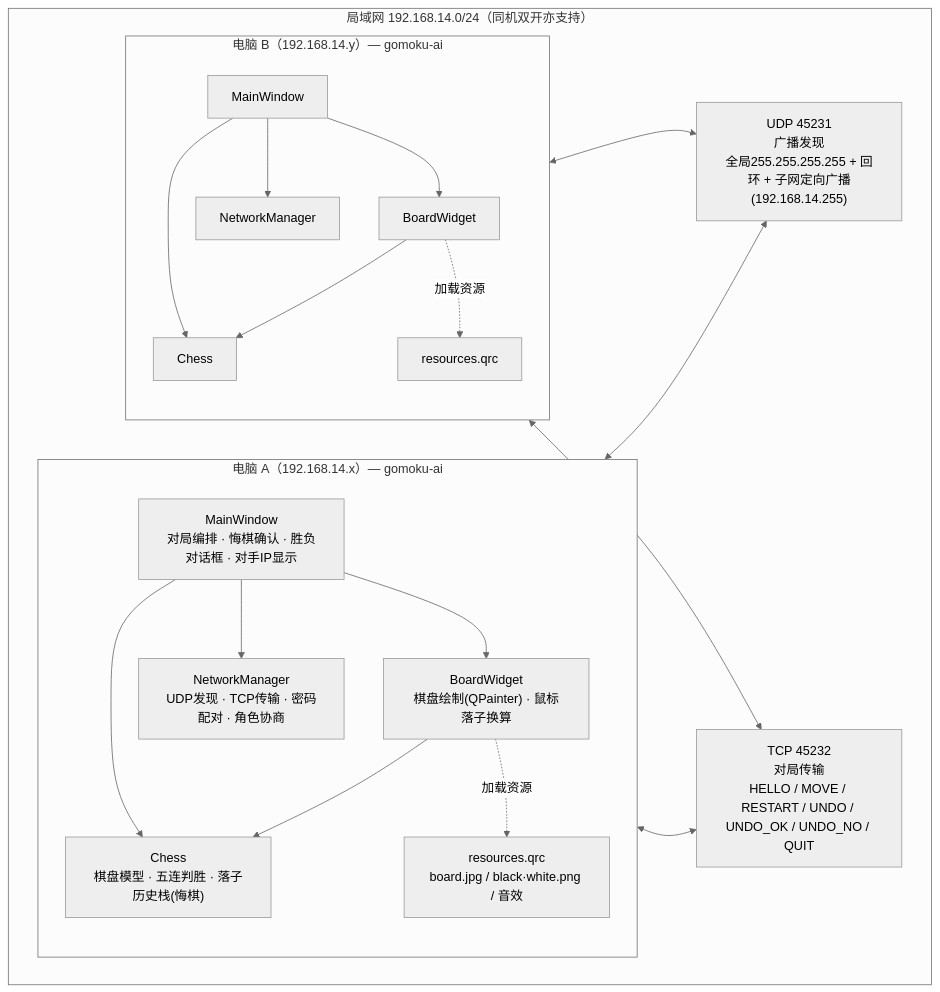
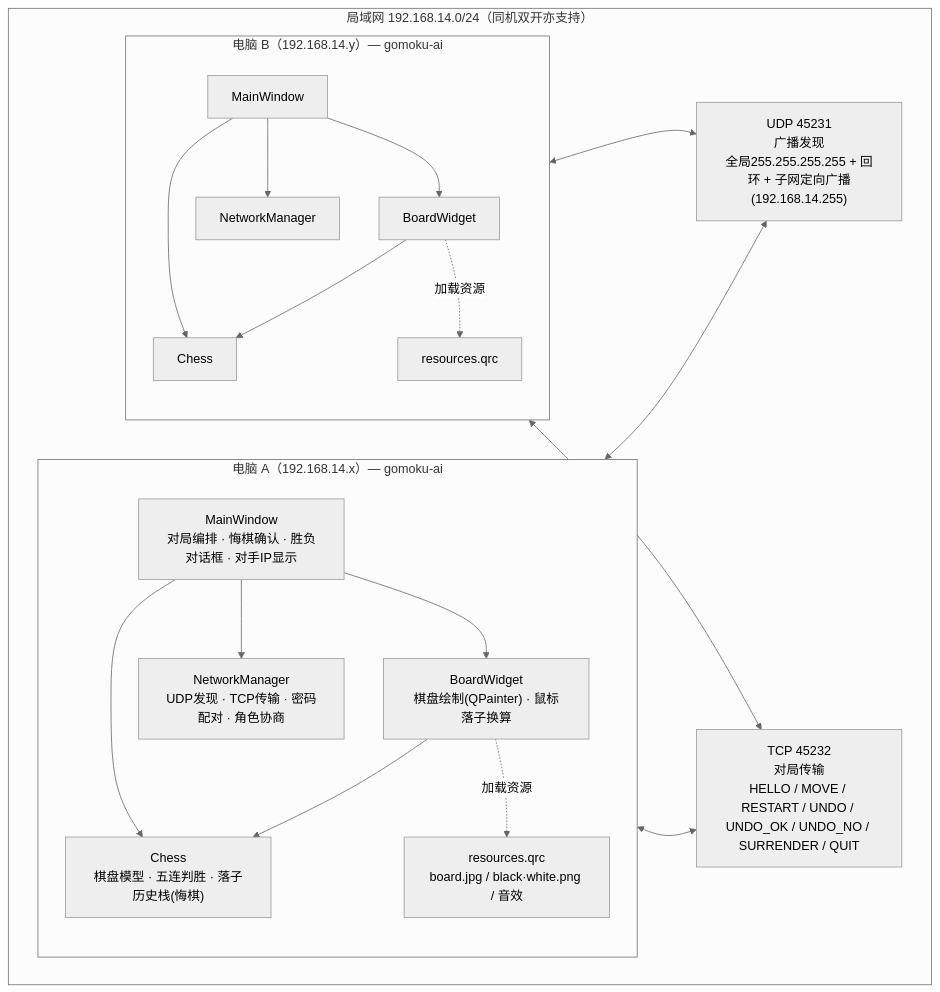
One commit to ryanuo/cstudy changed the first of 2 diagrams in games/gomoku-ai/docs/architecture.md. Above: the diagram before and after it, drawn with Mermaid (neutral theme). The commit also changed other lines of this file and 7 other files, not shown here.

````diff
--- a/games/gomoku-ai/docs/architecture.md
+++ b/games/gomoku-ai/docs/architecture.md
@@ -5,37 +5,37 @@
 ```mermaid
 flowchart TB
     subgraph LAN["局域网 192.168.14.0/24（同机双开亦支持）"]
         subgraph PC1["电脑 A（192.168.14.x）— gomoku-ai"]
             direction TB
             MW1["MainWindow<br/>对局编排 · 悔棋确认 · 胜负对话框 · 对手IP显示"]
             BW1["BoardWidget<br/>棋盘绘制(QPainter) · 鼠标落子换算"]
             CH1["Chess<br/>棋盘模型 · 五连判胜 · 落子历史栈(悔棋)"]
             NM1["NetworkManager<br/>UDP发现 · TCP传输 · 密码配对 · 角色协商"]
             RES1["resources.qrc<br/>board.jpg / black·white.png / 音效"]
             MW1 --> BW1
             MW1 --> CH1
             MW1 --> NM1
             BW1 --> CH1
             BW1 -. 加载资源 .-> RES1
         end
         subgraph PC2["电脑 B（192.168.14.y）— gomoku-ai"]
             direction TB
             MW2["MainWindow"]
             BW2["BoardWidget"]
             CH2["Chess"]
             NM2["NetworkManager"]
             RES2["resources.qrc"]
             MW2 --> BW2
             MW2 --> CH2
             MW2 --> NM2
             BW2 --> CH2
             BW2 -. 加载资源 .-> RES2
         end
         UDP["UDP 45231<br/>广播发现<br/>全局255.255.255.255 + 回环 + 子网定向广播(192.168.14.255)"]
-        TCP["TCP 45232<br/>对局传输<br/>HELLO / MOVE / RESTART / UNDO / UNDO_OK / UNDO_NO / QUIT"]
+        TCP["TCP 45232<br/>对局传输<br/>HELLO / MOVE / RESTART / UNDO / UNDO_OK / UNDO_NO / SURRENDER / QUIT"]
         NM1 <--> UDP
         NM2 <--> UDP
         NM1 <--> TCP
         NM2 <--> TCP
     end
 ```
````
